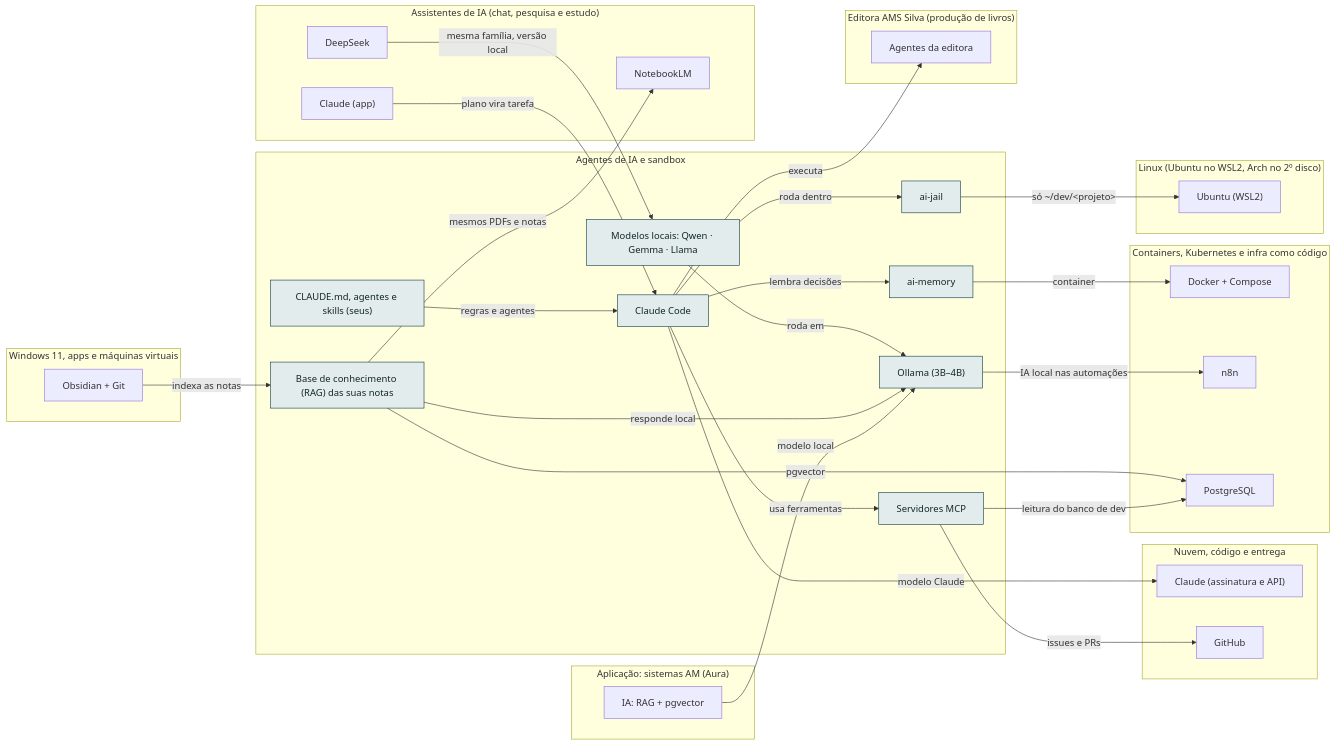
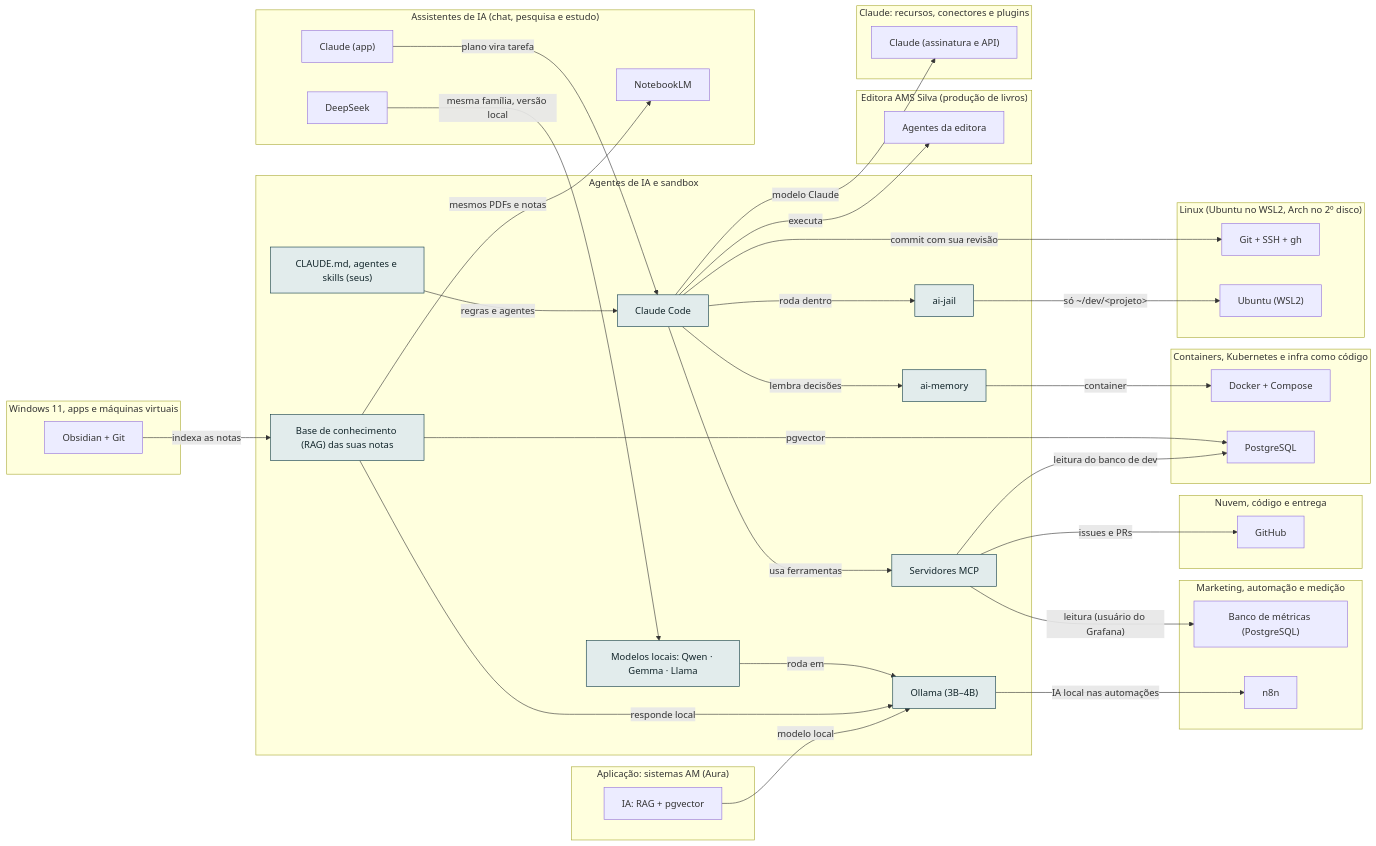
Before and after one commit to AlanMateus17/dev-setup: the diagram in docs/camadas/05-ia.md, drawn with Mermaid. The commit also changed other lines of this file and 38 other files, not shown here.

````diff
--- a/docs/camadas/05-ia.md
+++ b/docs/camadas/05-ia.md
@@ -14,60 +14,68 @@
 ```mermaid
 flowchart LR
   subgraph L_ia["Agentes de IA e sandbox"]
     n_lmods["Modelos locais: Qwen · Gemma · Llama"]
     n_rag["Base de conhecimento (RAG) das suas notas"]
     n_cc["Claude Code"]
     n_jail["ai-jail"]
     n_mem["ai-memory"]
     n_mcp["Servidores MCP"]
     n_kit["CLAUDE.md, agentes e skills (seus)"]
     n_oll["Ollama (3B–4B)"]
   end
+  subgraph L_mkt["Marketing, automação e medição"]
+    n_metrics["Banco de métricas (PostgreSQL)"]
+    n_n8n["n8n"]
+  end
   subgraph L_editora["Editora AMS Silva (produção de livros)"]
     n_bagentes["Agentes da editora"]
   end
   subgraph L_nuvem["Nuvem, código e entrega"]
-    n_anth["Claude (assinatura e API)"]
     n_gh["GitHub"]
   end
   subgraph L_app["Aplicação: sistemas AM (Aura)"]
     n_ai["IA: RAG + pgvector"]
   end
   subgraph L_cnt["Containers, Kubernetes e infra como código"]
     n_docker["Docker + Compose"]
-    n_n8n["n8n"]
     n_pg["PostgreSQL"]
+  end
+  subgraph L_clc["Claude: recursos, conectores e plugins"]
+    n_anth["Claude (assinatura e API)"]
   end
   subgraph L_chat["Assistentes de IA (chat, pesquisa e estudo)"]
     n_capp2["Claude (app)"]
     n_ds["DeepSeek"]
     n_nblm["NotebookLM"]
   end
   subgraph L_lin["Linux (Ubuntu no WSL2, Arch no 2º disco)"]
+    n_git["Git + SSH + gh"]
     n_wsl["Ubuntu (WSL2)"]
   end
   subgraph L_win["Windows 11, apps e máquinas virtuais"]
     n_obsd["Obsidian + Git"]
   end
   n_lmods -->|"roda em"| n_oll
   n_ds -->|"mesma família, versão local"| n_lmods
   n_rag -->|"responde local"| n_oll
   n_rag -->|"pgvector"| n_pg
   n_rag -->|"mesmos PDFs e notas"| n_nblm
   n_obsd -->|"indexa as notas"| n_rag
   n_cc -->|"roda dentro"| n_jail
   n_cc -->|"lembra decisões"| n_mem
   n_cc -->|"usa ferramentas"| n_mcp
   n_cc -->|"modelo Claude"| n_anth
   n_cc -->|"executa"| n_bagentes
+  n_cc -->|"commit com sua revisão"| n_git
   n_kit -->|"regras e agentes"| n_cc
   n_capp2 -->|"plano vira tarefa"| n_cc
   n_jail -->|"só ~/dev/#lt;projeto#gt;"| n_wsl
   n_mem -->|"container"| n_docker
   n_mcp -->|"issues e PRs"| n_gh
   n_mcp -->|"leitura do banco de dev"| n_pg
+  n_mcp -->|"leitura (usuário do Grafana)"| n_metrics
   n_oll -->|"IA local nas automações"| n_n8n
   n_ai -->|"modelo local"| n_oll
   classDef desta fill:#e2ecec,stroke:#0e3a45,color:#13262b
   class n_lmods,n_rag,n_cc,n_jail,n_mem,n_mcp,n_kit,n_oll desta
 ```
````
